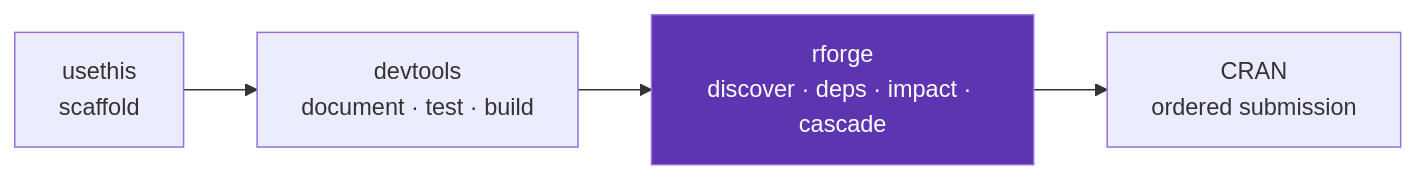
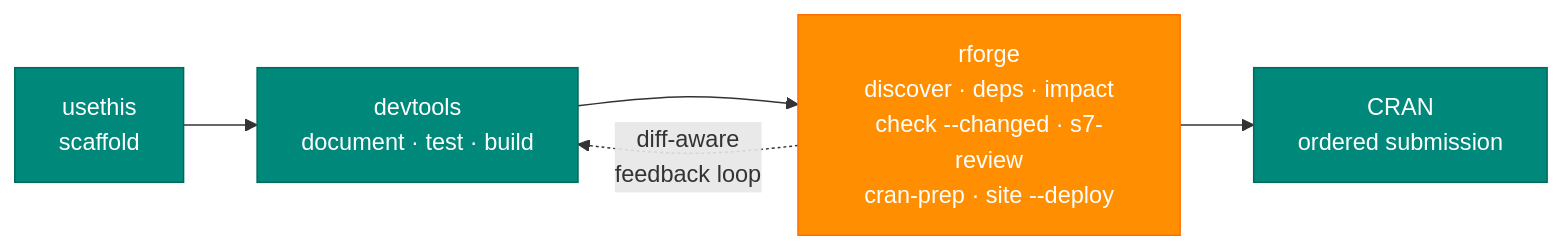
One commit to Data-Wise/rforge changed the first of 2 diagrams in docs/index.md. Above: the diagram before and after it, drawn with Mermaid. The commit also changed other lines of this file, not shown here.

First line of the commit message:
docs: update Where rforge fits diagram and admonition

````diff
--- a/docs/index.md
+++ b/docs/index.md
@@ -19,7 +19,12 @@
 ```mermaid
 flowchart LR
     A["usethis<br/>scaffold"] --> B["devtools<br/>document · test · build"]
-    B --> C["rforge<br/>discover · deps · impact · cascade"]
+    B --> C["rforge<br/>discover · deps · impact<br/>check --changed · s7-review<br/>cran-prep · site --deploy"]
     C --> D["CRAN<br/>ordered submission"]
-    style C fill:#5e35b1,color:#fff
+    C -. "diff-aware<br/>feedback loop" .-> B
+
+    style A fill:#00897b,color:#fff,stroke:#00695c
+    style B fill:#00897b,color:#fff,stroke:#00695c
+    style C fill:#ff8f00,color:#fff,stroke:#ff6f00
+    style D fill:#00897b,color:#fff,stroke:#00695c
 ```
````
